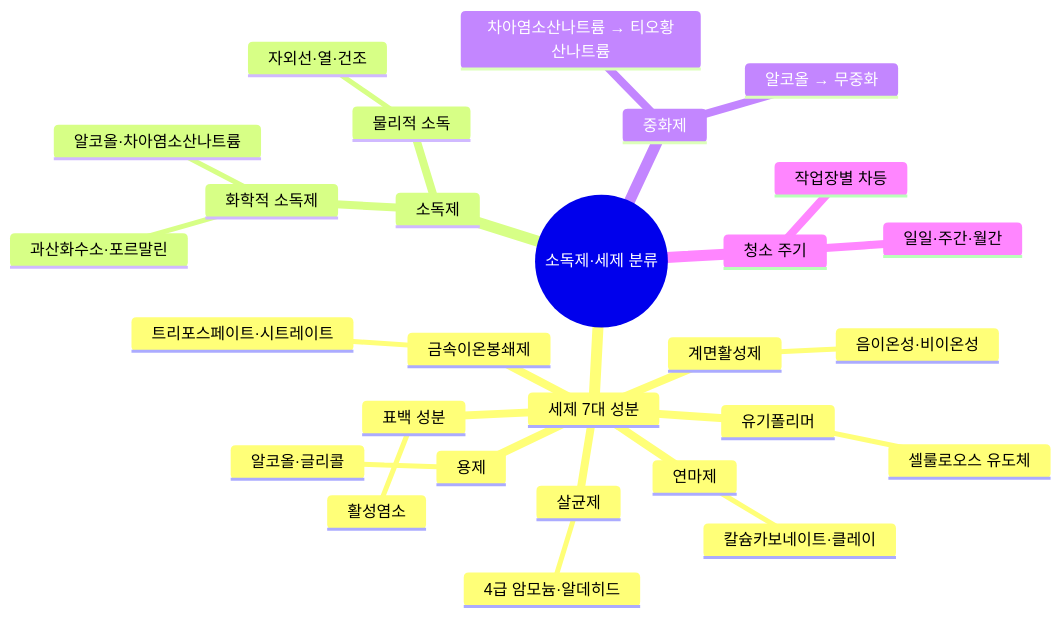
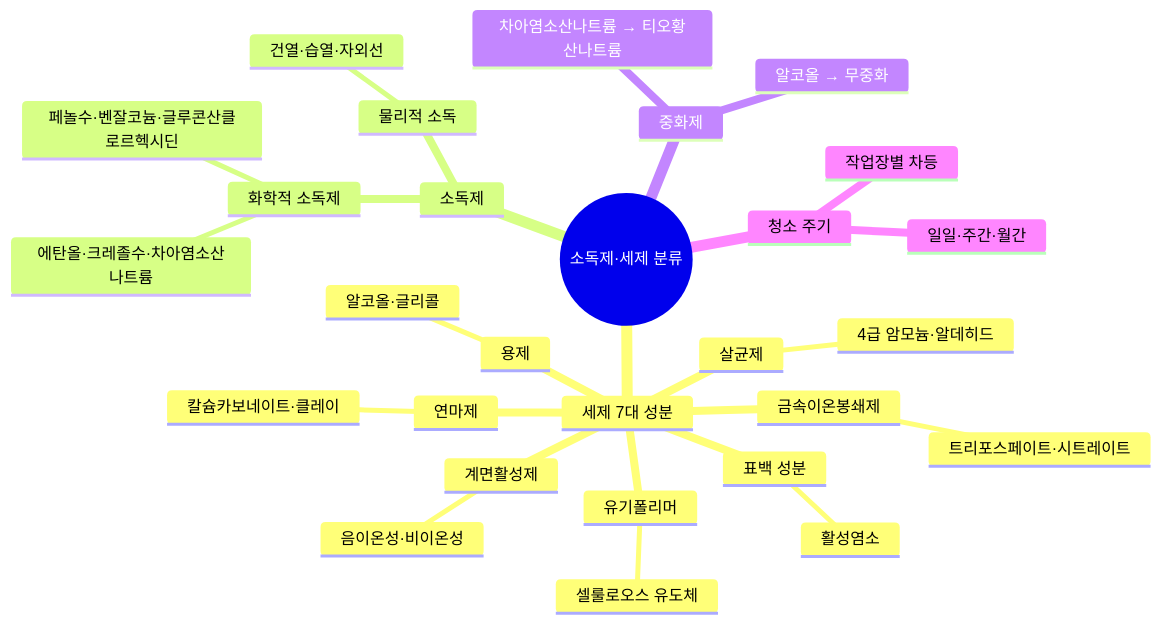
Before and after one commit to skygoldlee-cyber/Personalized_Skincare: the eighth of 12 diagrams in content/교재/safety/3과목_유통화장품안전관리_이야기형.md, drawn with Mermaid. The commit also changed other lines of this file and 12 other files, not shown here.

````diff
--- a/content/교재/safety/3과목_유통화장품안전관리_이야기형.md
+++ b/content/교재/safety/3과목_유통화장품안전관리_이야기형.md
@@ -735,31 +735,31 @@
 ```mermaid
 mindmap
  root((소독제·세제 분류))
   세제 7대 성분
    계면활성제
     음이온성·비이온성
    살균제
     4급 암모늄·알데히드
    금속이온봉쇄제
     트리포스페이트·시트레이트
    유기폴리머
     셀룰로오스 유도체
    용제
     알코올·글리콜
    연마제
     칼슘카보네이트·클레이
    표백 성분
     활성염소
   소독제
    화학적 소독제
-    알코올·차아염소산나트륨
-    과산화수소·포르말린
+    에탄올·크레졸수·차아염소산나트륨
+    페놀수·벤잘코늄·글루콘산클로르헥시딘
    물리적 소독
-    자외선·열·건조
+    건열·습열·자외선
   중화제
    차아염소산나트륨 → 티오황산나트륨
    알코올 → 무중화
   청소 주기
    작업장별 차등
    일일·주간·월간
 ```
````
